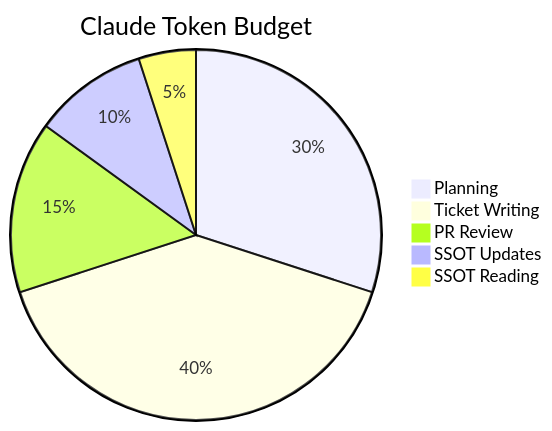
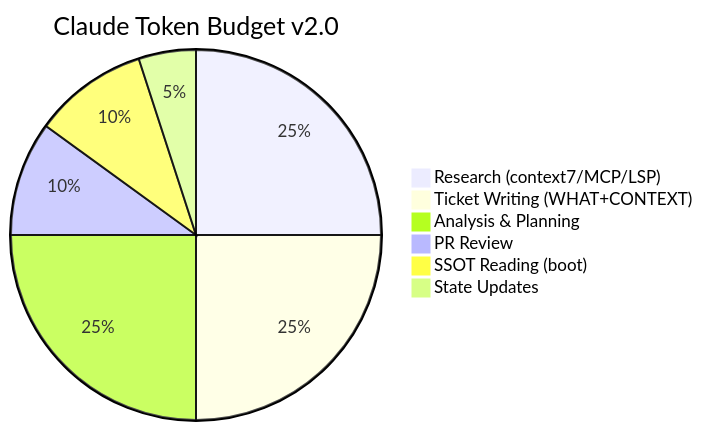
The second of 2 diagrams in README.md (theprdguy/Vibe-Coding-OS), drawn with Mermaid before and after one commit. The commit also changed other lines of this file and 4 other files, not shown here.

````diff
--- a/README.md
+++ b/README.md
@@ -151,8 +167,9 @@
 ```mermaid
-pie title Claude Token Budget
-  "Planning" : 30
-  "Ticket Writing" : 40
-  "PR Review" : 15
-  "SSOT Updates" : 10
-  "SSOT Reading" : 5
+pie title Claude Token Budget v2.0
+  "Research (context7/MCP/LSP)" : 25
+  "Ticket Writing (WHAT+CONTEXT)" : 25
+  "Analysis & Planning" : 25
+  "PR Review" : 10
+  "SSOT Reading (boot)" : 10
+  "State Updates" : 5
 ```
````
